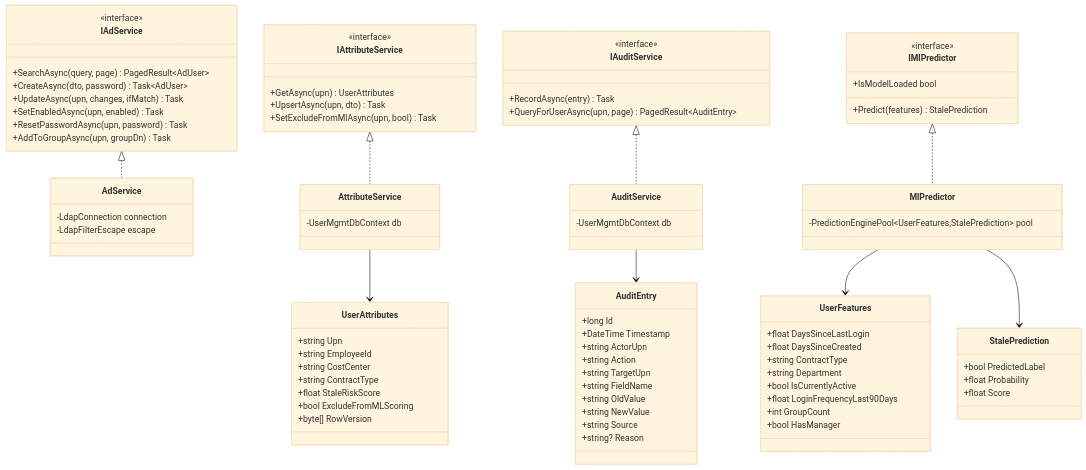
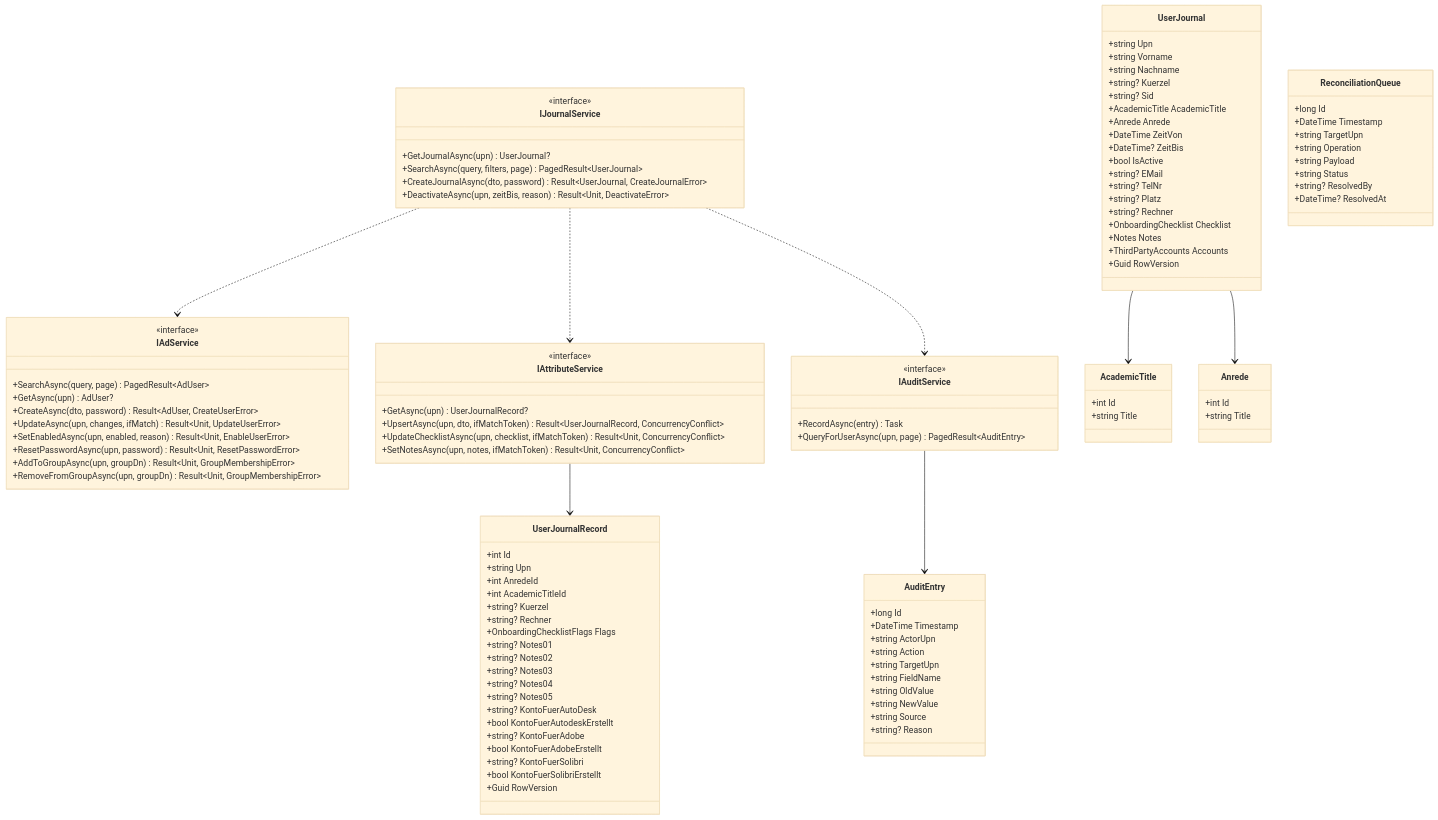
Before and after one commit to arthurkahwa/ad-user-management: the second of 5 diagrams in README.md, drawn with Mermaid (base theme). The commit also changed other lines of this file, not shown here.

````diff
--- a/README.md
+++ b/README.md
@@ -224,18 +215,29 @@
     class IAdService {
         <<interface>>
         +SearchAsync(query, page) PagedResult~AdUser~
-        +CreateAsync(dto, password) Task~AdUser~
-        +UpdateAsync(upn, changes, ifMatch) Task
-        +SetEnabledAsync(upn, enabled) Task
-        +ResetPasswordAsync(upn, password) Task
-        +AddToGroupAsync(upn, groupDn) Task
+        +GetAsync(upn) AdUser?
+        +CreateAsync(dto, password) Result~AdUser, CreateUserError~
+        +UpdateAsync(upn, changes, ifMatch) Result~Unit, UpdateUserError~
+        +SetEnabledAsync(upn, enabled, reason) Result~Unit, EnableUserError~
+        +ResetPasswordAsync(upn, password) Result~Unit, ResetPasswordError~
+        +AddToGroupAsync(upn, groupDn) Result~Unit, GroupMembershipError~
+        +RemoveFromGroupAsync(upn, groupDn) Result~Unit, GroupMembershipError~
     }
 
     class IAttributeService {
         <<interface>>
-        +GetAsync(upn) UserAttributes
-        +UpsertAsync(upn, dto) Task
-        +SetExcludeFromMlAsync(upn, bool) Task
+        +GetAsync(upn) UserJournalRecord?
+        +UpsertAsync(upn, dto, ifMatchToken) Result~UserJournalRecord, ConcurrencyConflict~
+        +UpdateChecklistAsync(upn, checklist, ifMatchToken) Result~Unit, ConcurrencyConflict~
+        +SetNotesAsync(upn, notes, ifMatchToken) Result~Unit, ConcurrencyConflict~
+    }
+
+    class IJournalService {
+        <<interface>>
+        +GetJournalAsync(upn) UserJournal?
+        +SearchAsync(query, filters, page) PagedResult~UserJournal~
+        +CreateJournalAsync(dto, password) Result~UserJournal, CreateJournalError~
+        +DeactivateAsync(upn, zeitBis, reason) Result~Unit, DeactivateError~
     }
 
     class IAuditService {
@@ -244,37 +246,57 @@
         +QueryForUserAsync(upn, page) PagedResult~AuditEntry~
     }
 
-    class IMlPredictor {
-        <<interface>>
-        +Predict(features) StalePrediction
-        +IsModelLoaded bool
+    class UserJournal {
+        +string Upn
+        +string Vorname
+        +string Nachname
+        +string? Kuerzel
+        +string? Sid
+        +AcademicTitle AcademicTitle
+        +Anrede Anrede
+        +DateTime ZeitVon
+        +DateTime? ZeitBis
+        +bool IsActive
+        +string? EMail
+        +string? TelNr
+        +string? Platz
+        +string? Rechner
+        +OnboardingChecklist Checklist
+        +Notes Notes
+        +ThirdPartyAccounts Accounts
+        +Guid RowVersion
     }
 
-    class AdService {
-        -LdapConnection connection
-        -LdapFilterEscape escape
+    class UserJournalRecord {
+        +int Id
+        +string Upn
+        +int AnredeId
+        +int AcademicTitleId
+        +string? Kuerzel
+        +string? Rechner
+        +OnboardingChecklistFlags Flags
+        +string? Notes01
+        +string? Notes02
+        +string? Notes03
+        +string? Notes04
+        +string? Notes05
+        +string? KontoFuerAutoDesk
+        +bool KontoFuerAutodeskErstellt
+        +string? KontoFuerAdobe
+        +bool KontoFuerAdobeErstellt
+        +string? KontoFuerSolibri
+        +bool KontoFuerSolibriErstellt
+        +Guid RowVersion
     }
 
-    class AttributeService {
-        -UserMgmtDbContext db
+    class AcademicTitle {
+        +int Id
+        +string Title
     }
 
-    class AuditService {
-        -UserMgmtDbContext db
-    }
-
-    class MlPredictor {
-        -PredictionEnginePool~UserFeatures,StalePrediction~ pool
-    }
-
-    class UserAttributes {
-        +string Upn
-        +string EmployeeId
-        +string CostCenter
-        +string ContractType
-        +float StaleRiskScore
-        +bool ExcludeFromMLScoring
-        +byte[] RowVersion
+    class Anrede {
+        +int Id
+        +string Title
     }
 
     class AuditEntry {
@@ -290,30 +312,22 @@
         +string? Reason
     }
 
-    class UserFeatures {
-        +float DaysSinceLastLogin
-        +float DaysSinceCreated
-        +string ContractType
-        +string Department
-        +bool IsCurrentlyActive
-        +float LoginFrequencyLast90Days
-        +int GroupCount
-        +bool HasManager
+    class ReconciliationQueue {
+        +long Id
+        +DateTime Timestamp
+        +string TargetUpn
+        +string Operation
+        +string Payload
+        +string Status
+        +string? ResolvedBy
+        +DateTime? ResolvedAt
     }
 
-    class StalePrediction {
-        +bool PredictedLabel
-        +float Probability
-        +float Score
-    }
-
-    IAdService <|.. AdService
-    IAttributeService <|.. AttributeService
-    IAuditService <|.. AuditService
-    IMlPredictor <|.. MlPredictor
-
-    AttributeService --> UserAttributes
-    AuditService --> AuditEntry
-    MlPredictor --> UserFeatures
-    MlPredictor --> StalePrediction
+    IJournalService ..> IAdService
+    IJournalService ..> IAttributeService
+    IJournalService ..> IAuditService
+    UserJournal --> AcademicTitle
+    UserJournal --> Anrede
+    IAttributeService --> UserJournalRecord
+    IAuditService --> AuditEntry
 ```
````
